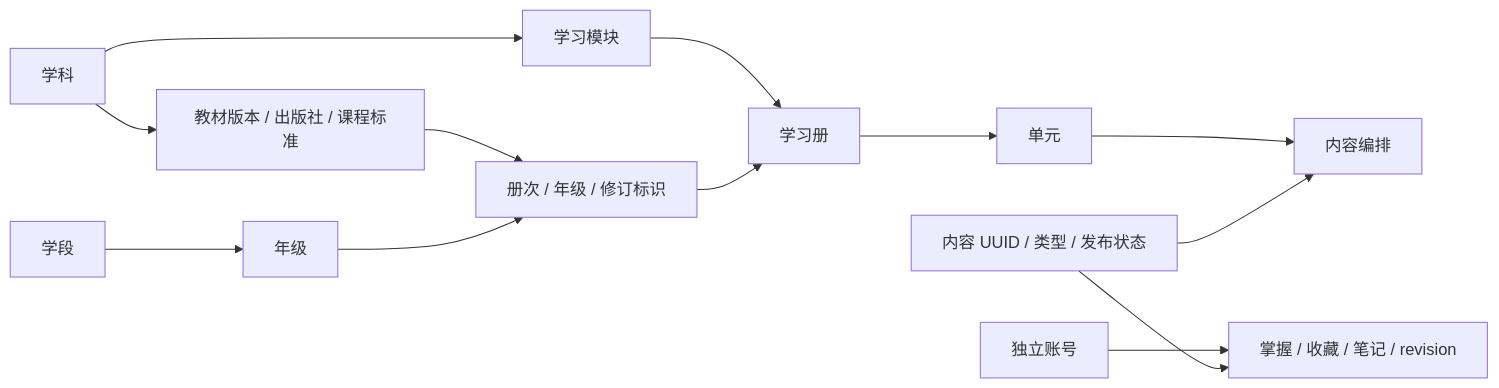
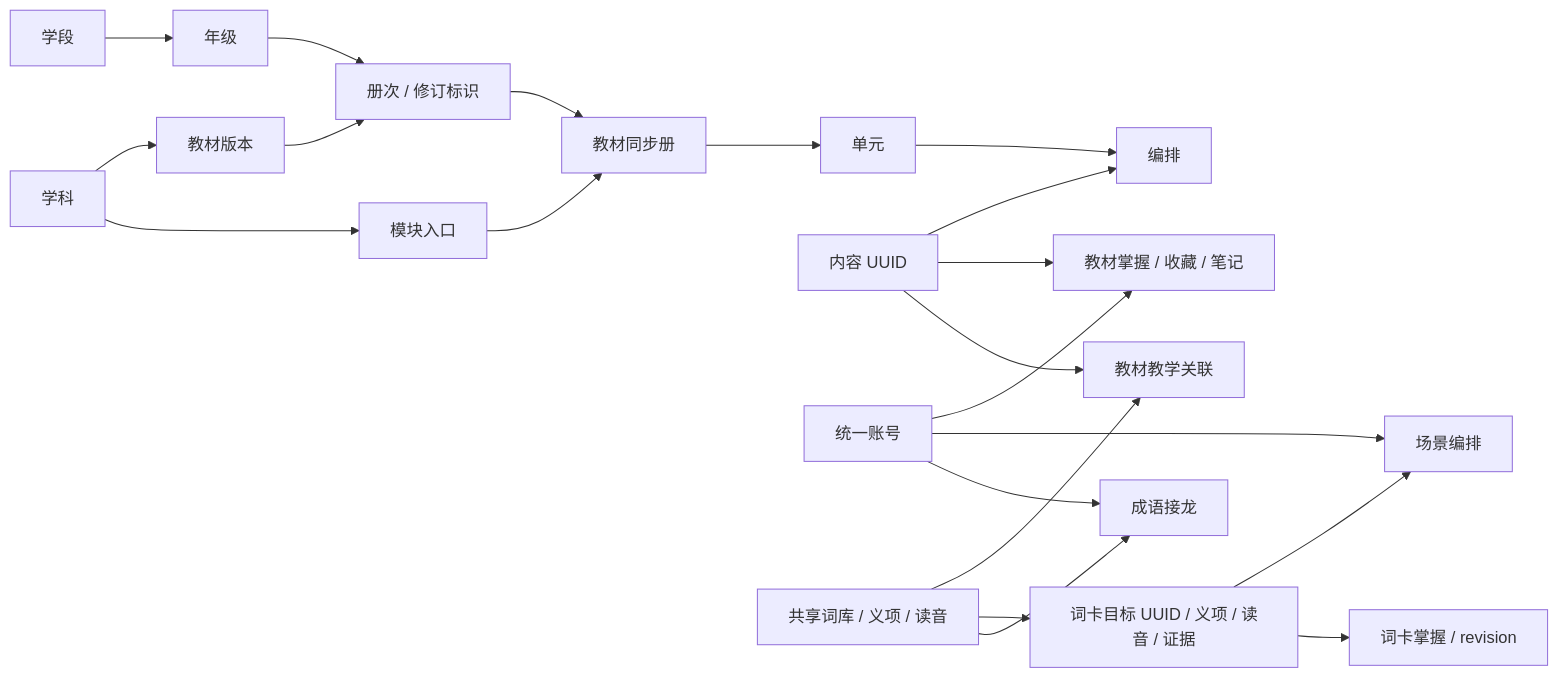
One commit to mingyueshi/Study changed the diagram in primary-system/README.md. Above: the diagram before and after it, drawn with Mermaid. The commit also changed other lines of this file and 310 other files, not shown here.

````diff
--- a/primary-system/README.md
+++ b/primary-system/README.md
@@ -64,15 +48,23 @@
 ```mermaid
 flowchart LR
   Stage[学段] --> Grade[年级]
-  Subject[学科] --> Edition[教材版本 / 出版社 / 课程标准]
-  Edition --> Textbook[册次 / 年级 / 修订标识]
+  Subject[学科] --> Edition[教材版本]
+  Edition --> Textbook[册次 / 修订标识]
   Grade --> Textbook
-  Subject --> Module[学习模块]
-  Module --> Collection[学习册]
-  Textbook --> Collection
-  Collection --> Unit[单元]
-  Unit --> Placement[内容编排]
-  Content[内容 UUID / 类型 / 发布状态] --> Placement
-  User[独立账号] --> Progress[掌握 / 收藏 / 笔记 / revision]
+  Subject --> Module[模块入口]
+  Textbook --> Book[教材同步册]
+  Module --> Book
+  Book --> Unit[单元]
+  Unit --> Placement[编排]
+  Content[内容 UUID] --> Placement
+  Account[统一账号] --> Progress[教材掌握 / 收藏 / 笔记]
   Content --> Progress
+  Lexicon[共享词库 / 义项 / 读音] --> Teaching[教材教学关联]
+  Content --> Teaching
+  Lexicon --> Target[词卡目标 UUID / 义项 / 读音 / 证据]
+  Target --> Words[场景编排]
+  Target --> WordProgress[词卡掌握 / revision]
+  Lexicon --> Chain[成语接龙]
+  Account --> Words
+  Account --> Chain
 ```
````
